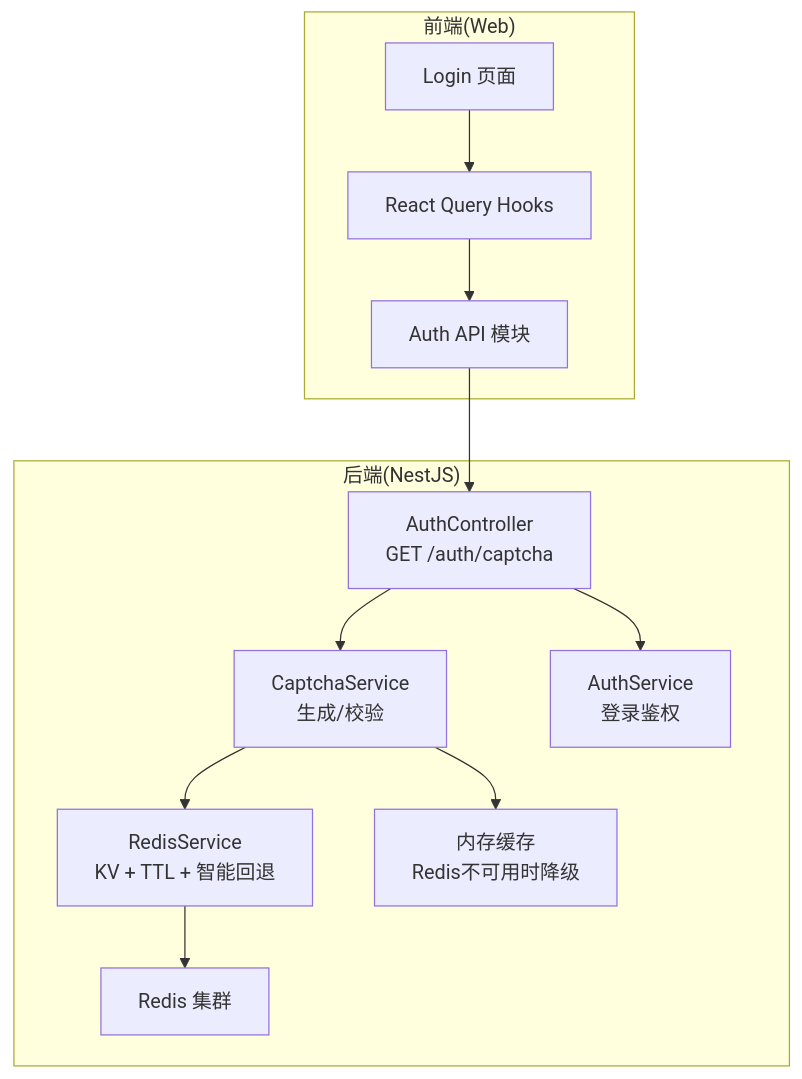
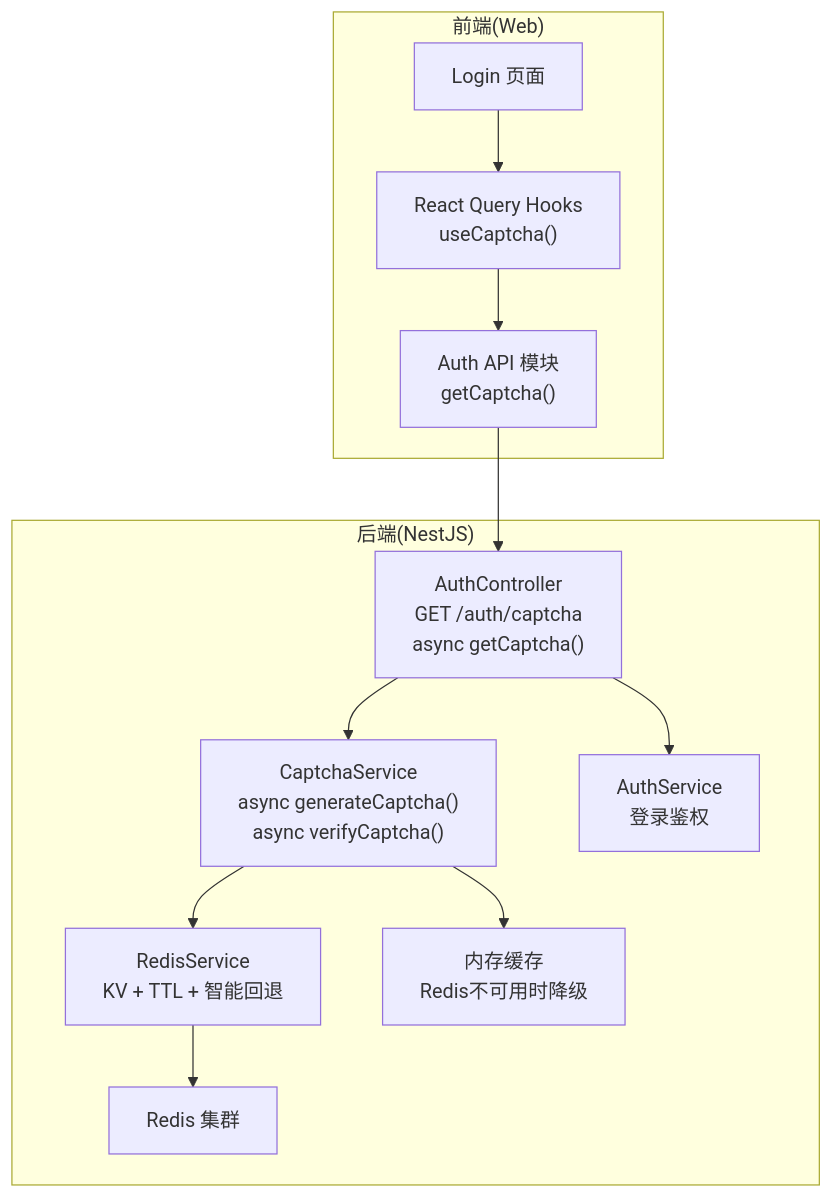
The first of 8 diagrams in .qoder/repowiki/zh/content/后端系统/认证授权系统/验证码系统.md (translateServers/nodes-stack), drawn with Mermaid before and after one commit. The commit also changed other lines of this file and 5 other files, not shown here.

````diff
--- a/.qoder/repowiki/zh/content/后端系统/认证授权系统/验证码系统.md
+++ b/.qoder/repowiki/zh/content/后端系统/认证授权系统/验证码系统.md
@@ -48,15 +51,15 @@
 ```mermaid
 graph TB
 subgraph "后端(NestJS)"
-AC["AuthController<br/>GET /auth/captcha"] --> CS["CaptchaService<br/>生成/校验"]
+AC["AuthController<br/>GET /auth/captcha<br/>async getCaptcha()"] --> CS["CaptchaService<br/>async generateCaptcha()<br/>async verifyCaptcha()"]
 CS --> RS["RedisService<br/>KV + TTL + 智能回退"]
 RS --> RC["Redis 集群"]
 CS --> MC["内存缓存<br/>Redis不可用时降级"]
 AC --> AS["AuthService<br/>登录鉴权"]
 end
 subgraph "前端(Web)"
-LP["Login 页面"] --> Hooks["React Query Hooks"]
-Hooks --> API["Auth API 模块"]
+LP["Login 页面"] --> Hooks["React Query Hooks<br/>useCaptcha()"]
+Hooks --> API["Auth API 模块<br/>getCaptcha()"]
 API --> AC
 end
 ```
````
